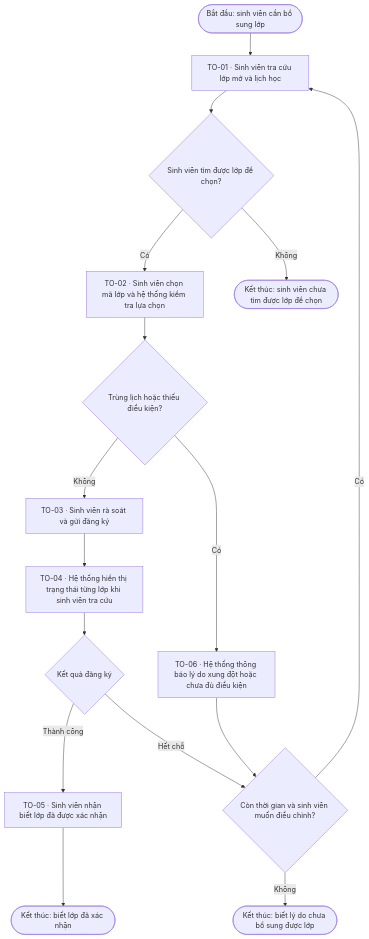
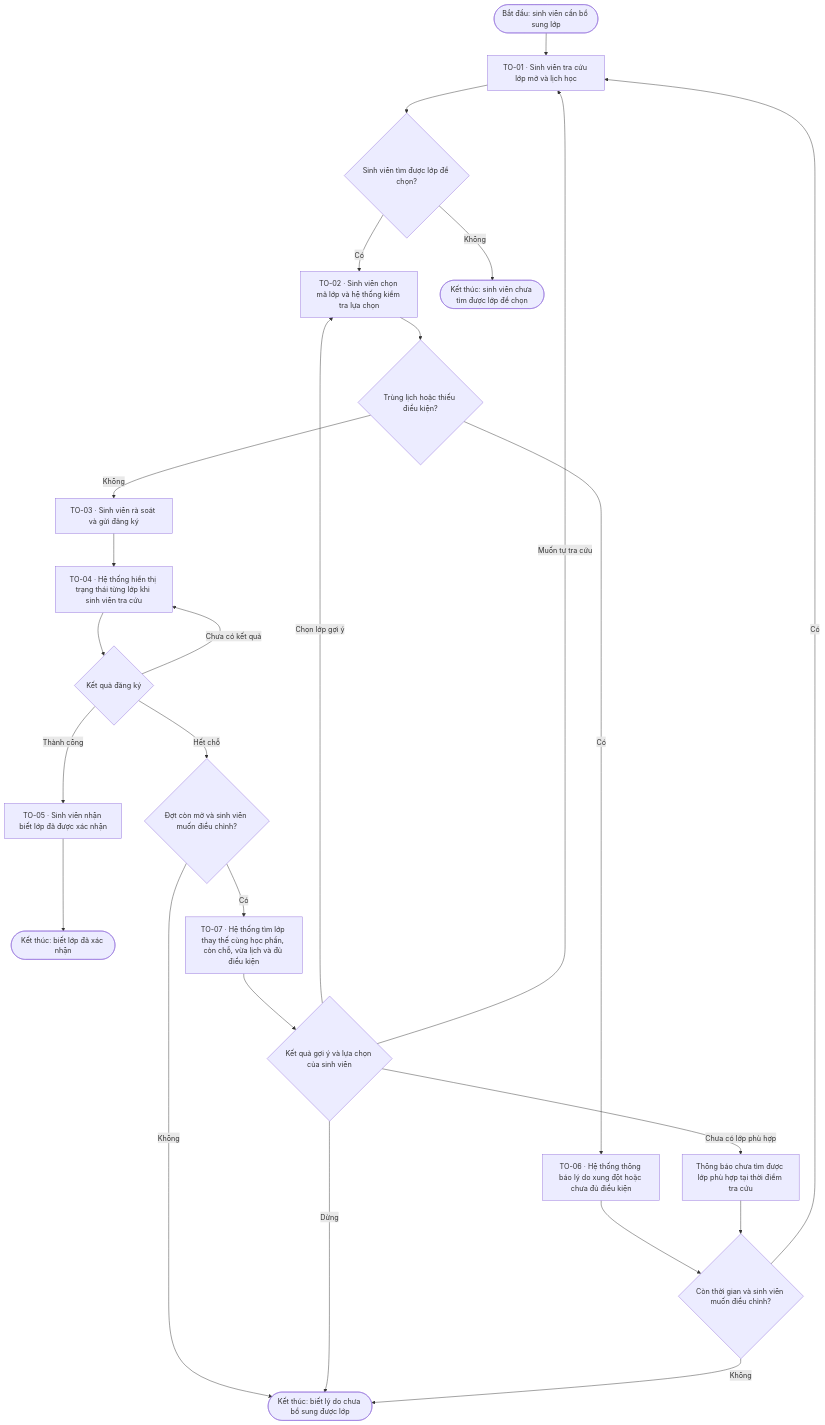
The second of 2 diagrams in lab-02/01-MoHinhNghiepVu.md (cacancap/IT3120_QuanLyDaoTao), drawn with Mermaid before and after one commit. The commit also changed other lines of this file and 2 other files, not shown here.

````diff
--- a/lab-02/01-MoHinhNghiepVu.md
+++ b/lab-02/01-MoHinhNghiepVu.md
@@ -78,26 +89,35 @@
 ```mermaid
 flowchart TD
     S(["Bắt đầu: sinh viên cần bổ sung lớp"])
     T1["TO-01 · Sinh viên tra cứu lớp mở và lịch học"]
     D1{"Sinh viên tìm được lớp để chọn?"}
     T2["TO-02 · Sinh viên chọn mã lớp và hệ thống kiểm tra lựa chọn"]
     D2{"Trùng lịch hoặc thiếu điều kiện?"}
     T3["TO-03 · Sinh viên rà soát và gửi đăng ký"]
     T4["TO-04 · Hệ thống hiển thị trạng thái từng lớp khi sinh viên tra cứu"]
     D3{"Kết quả đăng ký"}
     T5["TO-05 · Sinh viên nhận biết lớp đã được xác nhận"]
     T6["TO-06 · Hệ thống thông báo lý do xung đột hoặc chưa đủ điều kiện"]
     D4{"Còn thời gian và sinh viên muốn điều chỉnh?"}
     Y(["Kết thúc: biết lớp đã xác nhận"])
     N(["Kết thúc: biết lý do chưa bổ sung được lớp"])
     N1(["Kết thúc: sinh viên chưa tìm được lớp để chọn"])
     S --> T1 --> D1
     D1 -->|Có| T2 --> D2
     D1 -->|Không| N1
     D2 -->|Không| T3 --> T4 --> D3
     D2 -->|Có| T6 --> D4
     D3 -->|Thành công| T5 --> Y
-    D3 -->|Hết chỗ| D4
+    D3 -->|Chưa có kết quả| T4
+    D3 -->|Hết chỗ| Adjust{"Đợt còn mở và sinh viên muốn điều chỉnh?"}
+    Adjust -->|Không| N
+    Adjust -->|Có| T7["TO-07 · Hệ thống tìm lớp thay thế cùng học phần, còn chỗ, vừa lịch và đủ điều kiện"]
+    T7 --> Choice{"Kết quả gợi ý và lựa chọn của sinh viên"}
+    Choice -->|Chọn lớp gợi ý| T2
+    Choice -->|Chưa có lớp phù hợp| Empty["Thông báo chưa tìm được lớp phù hợp tại thời điểm tra cứu"]
+    Empty --> D4
+    Choice -->|Muốn tự tra cứu| T1
+    Choice -->|Dừng| N
     D4 -->|Có| T1
     D4 -->|Không| N
 ```
````
